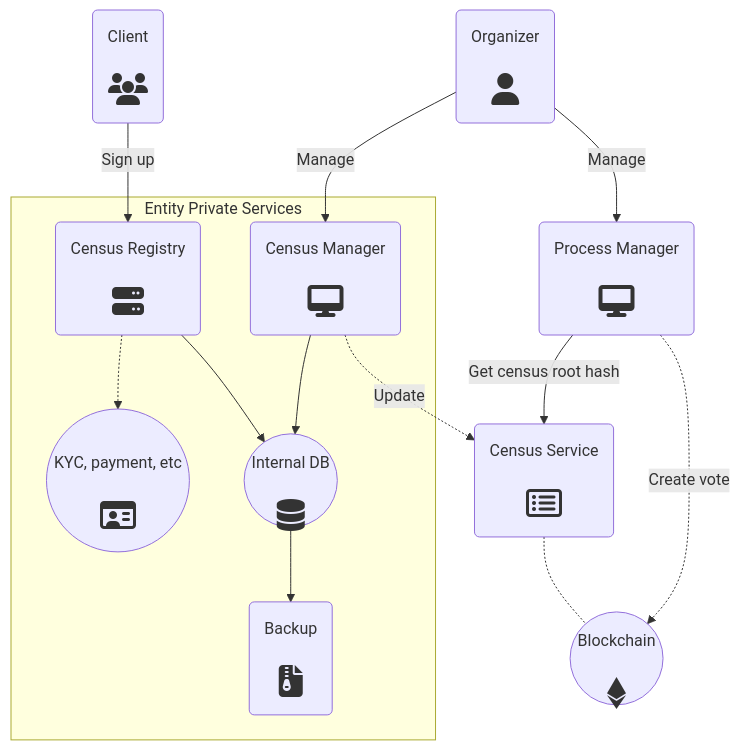
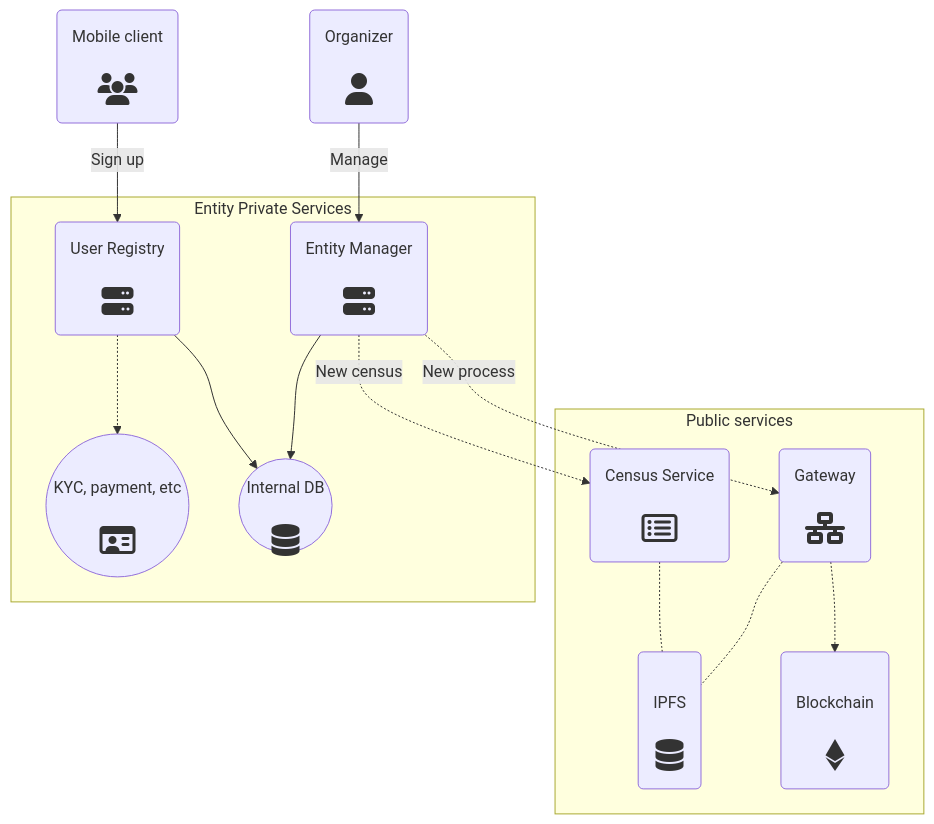
Before and after one commit to vocdoni/docs: the diagram in docs/architecture/components.md, drawn with Mermaid. The commit also changed other lines of this file, not shown here.

````diff
--- a/docs/architecture/components.md
+++ b/docs/architecture/components.md
@@ -75,31 +88,44 @@
 ```mermaid
 graph TD;
 
 OR(<center>Organizer<br/><br/><i class='fa fa-2x fa-user'/></center>)
-CL(<center>Client<br/><br/><i class='fa fa-2x fa-users'/></center>)
-PM(<center>Process Manager<br/><br/><i class='fa fa-2x fa-desktop'/></center>)
+APP(<center>Mobile client<br/><br/><i class='fa fa-2x fa-users'/></center>)
+GW(<center>Gateway<br/><br/><i class='fa fa-2x fa-network-wired'/></center>)
 DB((<center><br/>Internal DB<br/><br/><i class='fa fa-2x fa-database'/></center>))
 KYC((<center><br/>KYC, payment, etc<br/><br/><i class='far fa-2x fa-id-card'/></center>))
-CR(<center>Census Registry<br/><br/><i class='fa fa-2x fa-server'/></center>)
-CM(<center>Census Manager<br/><br/><i class='fa fa-2x fa-desktop'/></center>)
+UR(<center>User Registry<br/><br/><i class='fa fa-2x fa-server'/></center>)
+EM(<center>Entity Manager<br/><br/><i class='fa fa-2x fa-server'/></center>)
 CS(<center>Census Service<br/><br/><i class='far fa-2x fa-list-alt'/></center>)
-BKP(<center>Backup<br/><br/><i class='fa fa-2x fa-file-archive'/></center>)
-BCH((<center><br/>Blockchain<br/><br/><i class='fab fa-2x fa-ethereum'/></center>))
+BCH(<center><br/>Blockchain<br/><br/><i class='fab fa-2x fa-ethereum'/></center>)
+IPFS(<center><br/>IPFS<br/><br/><i class='fa fa-2x fa-database'/></center>)
 
 
-OR-- Manage -->CM
-OR-->|Manage|PM
+subgraph Public services
+	GW
+	CS
+	BCH
+	IPFS
+end
 
 subgraph Entity Private Services
-	CR-.->KYC
-	CR-->DB
-	CM-->DB
-	DB-->BKP
+	UR
+	KYC
+	DB
+	EM
 end
 
-CL-- Sign up -->CR
-CM-.->|Update|CS
-CS-.-BCH
-PM-->|Get census root hash|CS
-PM-.->|Create vote|BCH
+OR-- Manage -->EM
+APP-- Sign up -->UR
+
+UR-.->KYC
+UR-->DB
+EM-->DB
+
+EM-.->|New census|CS
+EM-.->|New process|GW
+CS-.-IPFS
+
+GW-.-IPFS
+GW-.->BCH
+
 ```
````
